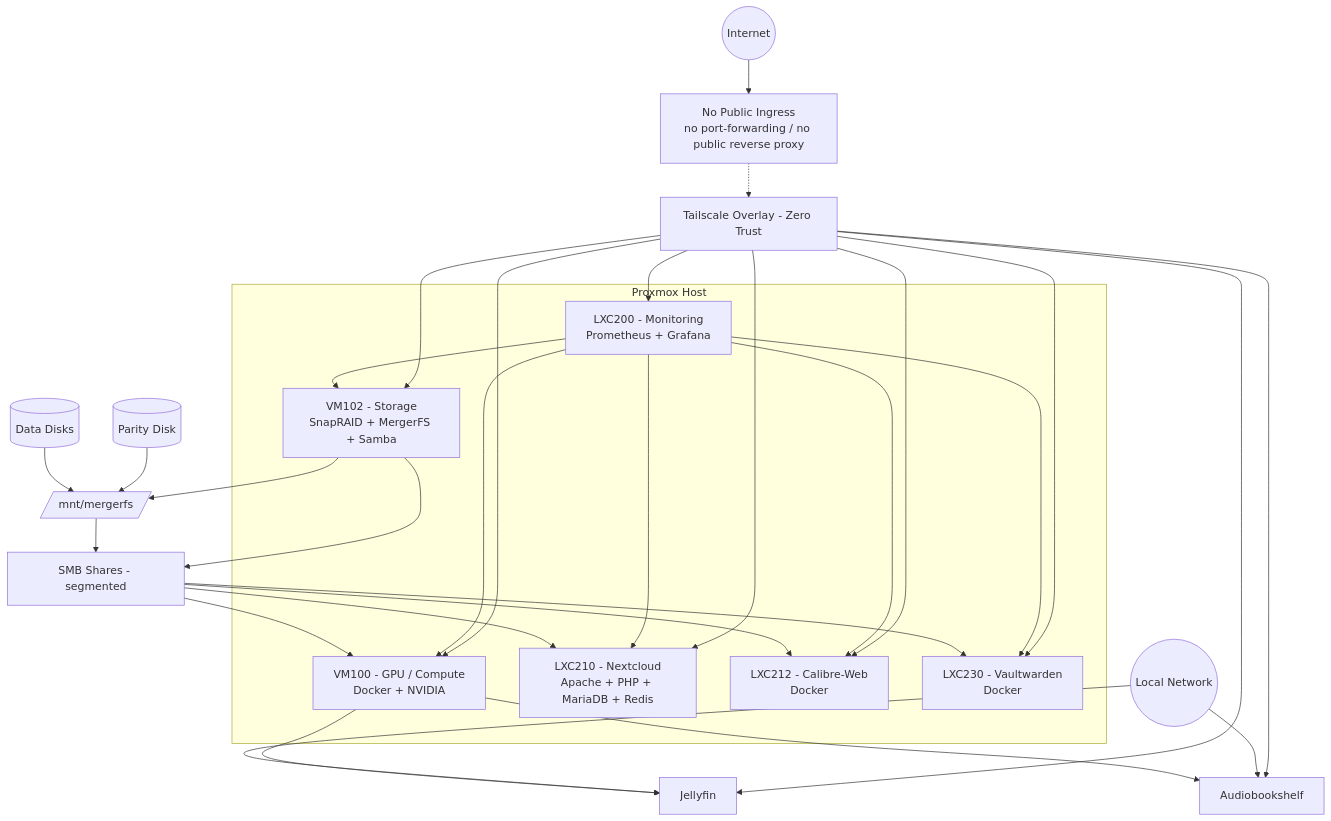
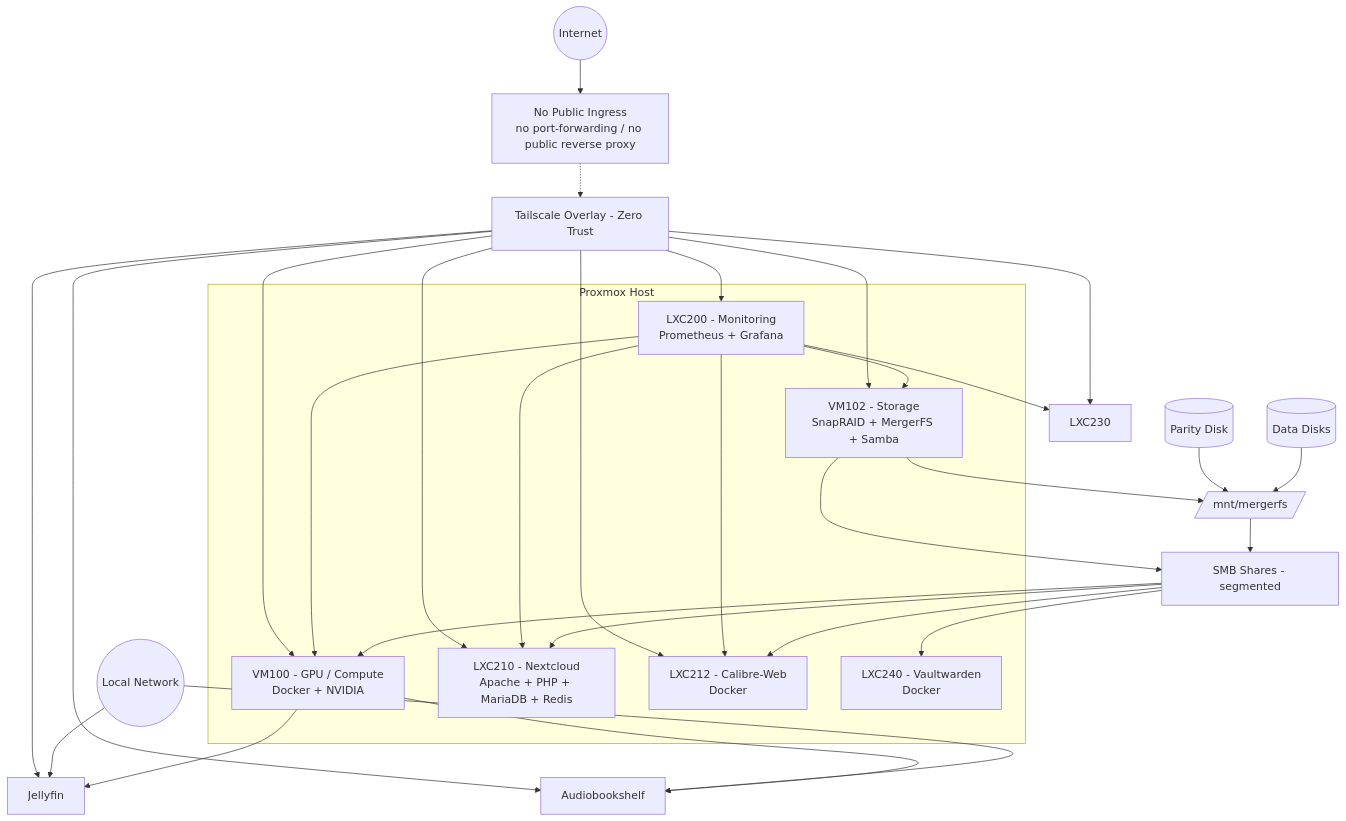
The diagram in docs/architecture-diagram.md (sohanreddyk/homelab-server-architecture), drawn with Mermaid before and after one commit.

Commit message:
Update Vaultwarden reference in architecture diagram
LXC230 -> LXC240

````diff
--- a/docs/architecture-diagram.md
+++ b/docs/architecture-diagram.md
@@ -9,66 +9,66 @@
 ```mermaid
 flowchart TB
 
   %% Access Layers
   Internet((Internet))
   LAN((Local Network))
   TS[Tailscale Overlay - Zero Trust]
   NoPublic[No Public Ingress<br/>no port-forwarding / no public reverse proxy]
 
   Internet --> NoPublic
   NoPublic -.-> TS
 
   %% Proxmox Layer
   subgraph Proxmox Host
     VM102[VM102 - Storage<br/>SnapRAID + MergerFS + Samba]
     VM100[VM100 - GPU / Compute<br/>Docker + NVIDIA]
     LXC200[LXC200 - Monitoring<br/>Prometheus + Grafana]
     LXC210[LXC210 - Nextcloud<br/>Apache + PHP + MariaDB + Redis]
     LXC212[LXC212 - Calibre-Web<br/>Docker]
-    LXC230[LXC230 - Vaultwarden<br/>Docker]
+    LXC240[LXC240 - Vaultwarden<br/>Docker]
   end
 
   %% Storage Internals
   Disks[(Data Disks)]
   Parity[(Parity Disk)]
   MergerFS[/mnt/mergerfs/]
   Samba[SMB Shares - segmented]
 
   Disks --> MergerFS
   Parity --> MergerFS
   MergerFS --> Samba
   VM102 --> MergerFS
   VM102 --> Samba
 
   %% Storage Consumers
   Samba --> VM100
   Samba --> LXC210
   Samba --> LXC212
-  Samba --> LXC230
+  Samba --> LXC240
 
   %% VM100 Services
   VM100 --> Jellyfin[Jellyfin]
   VM100 --> ABS[Audiobookshelf]
 
   %% Monitoring Targets
   LXC200 --> VM102
   LXC200 --> VM100
   LXC200 --> LXC210
   LXC200 --> LXC212
   LXC200 --> LXC230
 
   %% Access Model
   TS --> VM100
   TS --> VM102
   TS --> LXC200
   TS --> LXC210
   TS --> LXC212
   TS --> LXC230
 
   LAN --> Jellyfin
   LAN --> ABS
 
   TS --> Jellyfin
   TS --> ABS
 
 ```
````
